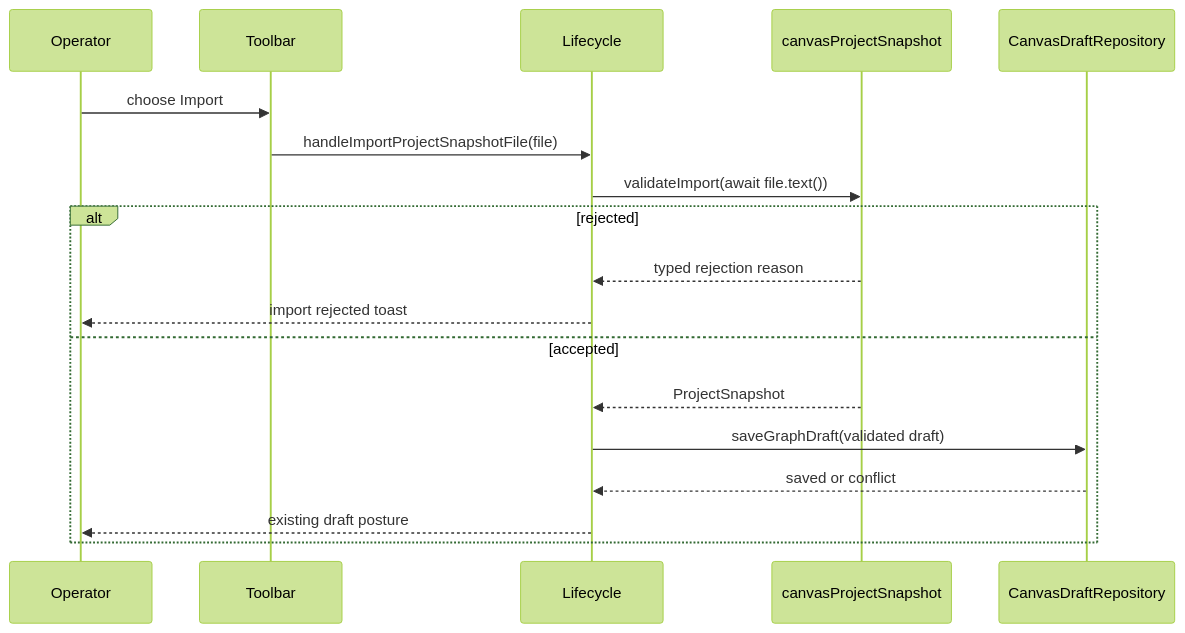
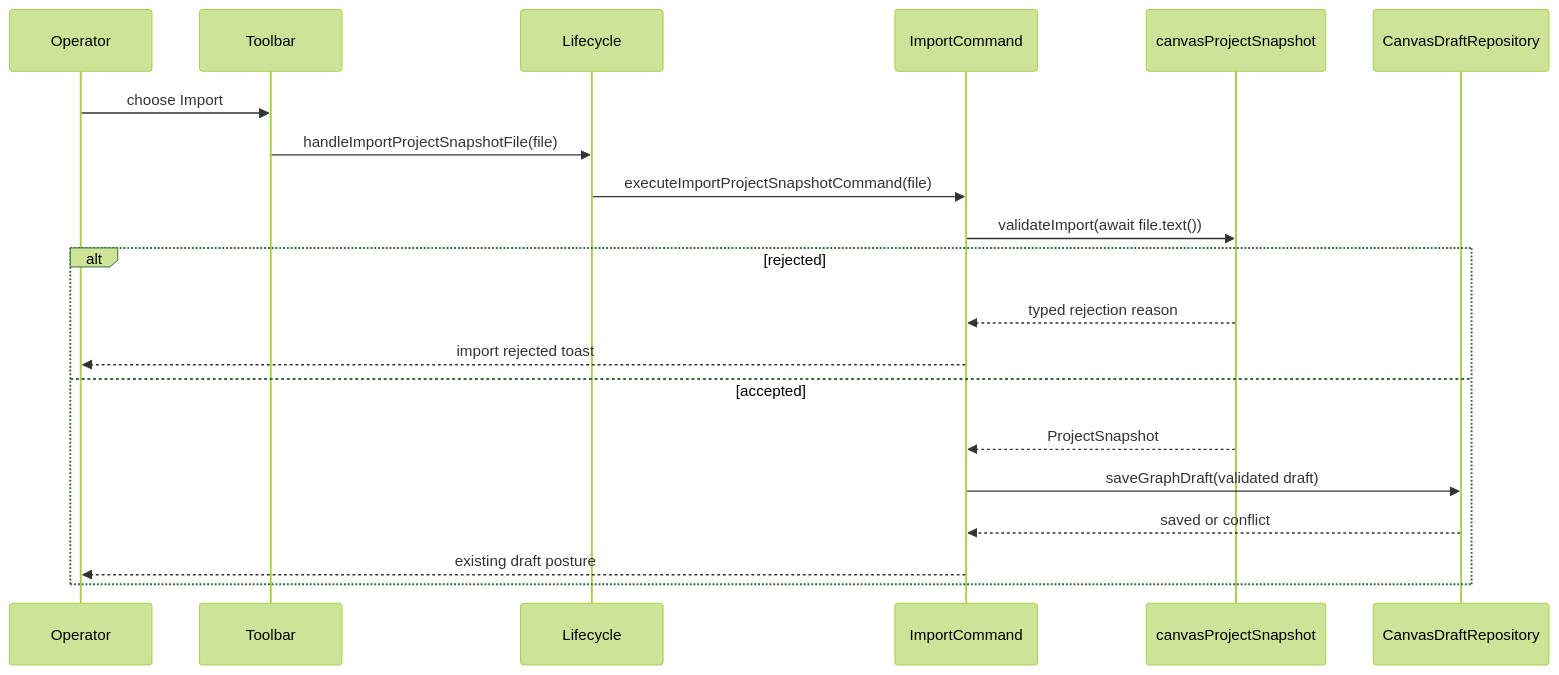
Before and after one commit to dunay2/dvt: the third of 3 diagrams in docs/architecture/components/web/graph/canvas-project-snapshot-component.md, drawn with Mermaid (forest theme). The commit also changed other lines of this file and 10 other files, not shown here.

Commit message:
fix(web): Encapsulate Canvas snapshot import command

````diff
--- a/docs/architecture/components/web/graph/canvas-project-snapshot-component.md
+++ b/docs/architecture/components/web/graph/canvas-project-snapshot-component.md
@@ -144,21 +152,23 @@
 ```mermaid
 sequenceDiagram
   participant Operator
   participant Toolbar
   participant Lifecycle
+  participant ImportCommand
   participant Snapshot as canvasProjectSnapshot
   participant DraftRepo as CanvasDraftRepository
 
   Operator->>Toolbar: choose Import
   Toolbar->>Lifecycle: handleImportProjectSnapshotFile(file)
-  Lifecycle->>Snapshot: validateImport(await file.text())
+  Lifecycle->>ImportCommand: executeImportProjectSnapshotCommand(file)
+  ImportCommand->>Snapshot: validateImport(await file.text())
   alt rejected
-    Snapshot-->>Lifecycle: typed rejection reason
-    Lifecycle-->>Operator: import rejected toast
+    Snapshot-->>ImportCommand: typed rejection reason
+    ImportCommand-->>Operator: import rejected toast
   else accepted
-    Snapshot-->>Lifecycle: ProjectSnapshot
-    Lifecycle->>DraftRepo: saveGraphDraft(validated draft)
-    DraftRepo-->>Lifecycle: saved or conflict
-    Lifecycle-->>Operator: existing draft posture
+    Snapshot-->>ImportCommand: ProjectSnapshot
+    ImportCommand->>DraftRepo: saveGraphDraft(validated draft)
+    DraftRepo-->>ImportCommand: saved or conflict
+    ImportCommand-->>Operator: existing draft posture
   end
 ```
````
